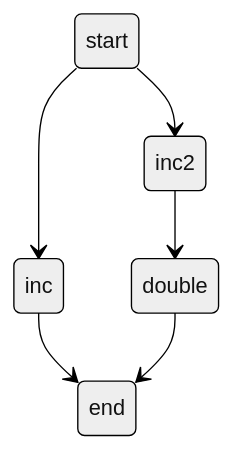
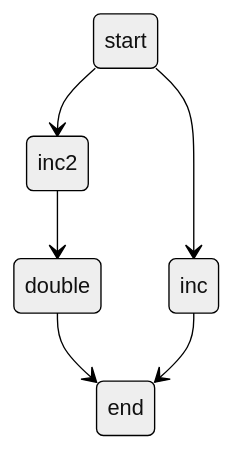
Before and after one commit to nquangtrung/agentgo: the diagram in graph/graph_visualize_test_imbalanced_nodes.md, drawn with Mermaid (neutral theme). The commit also changed other lines of this file and 10 other files, not shown here.

````diff
--- a/graph/graph_visualize_test_imbalanced_nodes.md
+++ b/graph/graph_visualize_test_imbalanced_nodes.md
@@ -1,14 +1,14 @@
 ```mermaid
 stateDiagram-v2
-    state "start" as start
-    state "end" as end
     state "inc" as inc
     state "inc2" as inc2
     state "double" as double
-    inc2 --> double : 
-    inc --> end : 
+    state "start" as start
+    state "end" as end
     double --> end : 
     start --> inc : 
     start --> inc2 : 
+    inc2 --> double : 
+    inc --> end : 
 
 ```
````
